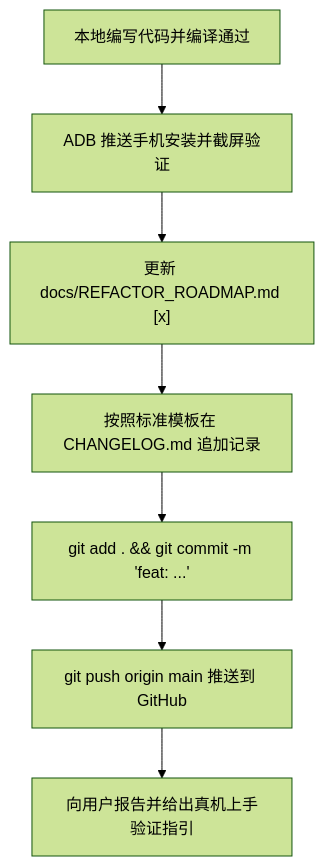
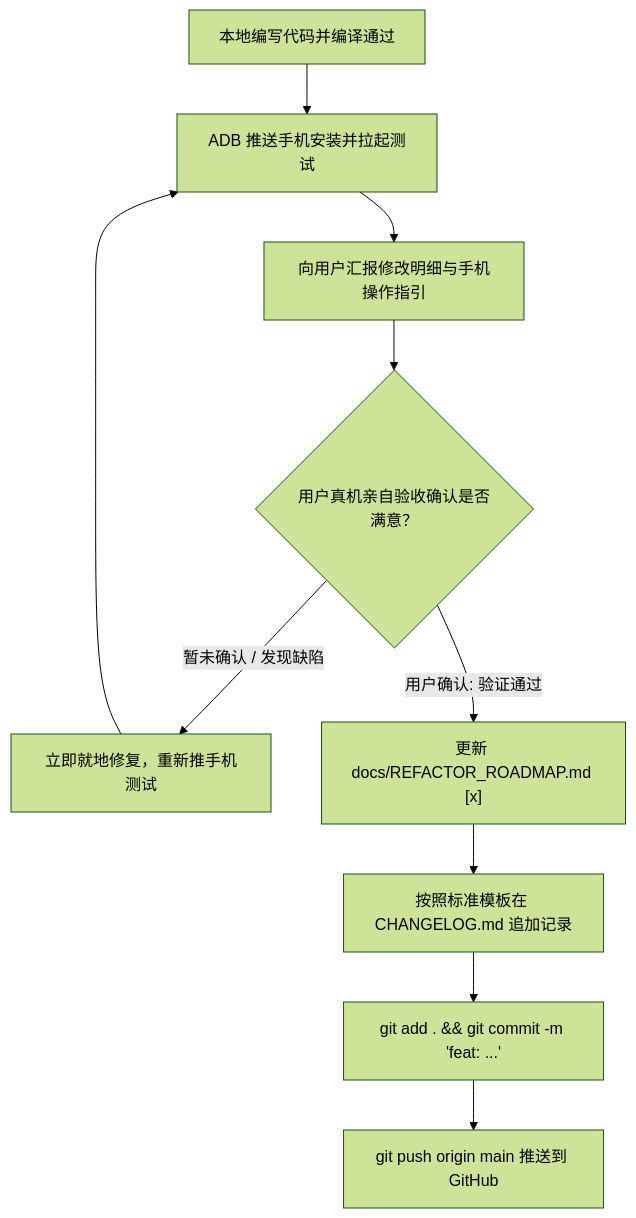
Before and after one commit to 353154/MobileBox: the diagram in docs/HANDOVER_GUIDE.md, drawn with Mermaid (forest theme). The commit also changed other lines of this file and 29 other files, not shown here.

````diff
--- a/docs/HANDOVER_GUIDE.md
+++ b/docs/HANDOVER_GUIDE.md
@@ -94,9 +94,12 @@
 ```mermaid
 flowchart TD
-    A["本地编写代码并编译通过"] --> B["ADB 推送手机安装并截屏验证"]
-    B --> C["更新 docs/REFACTOR_ROADMAP.md [x]"]
-    C --> D["按照标准模板在 CHANGELOG.md 追加记录"]
-    D --> E["git add . && git commit -m 'feat: ...'"]
-    E --> F["git push origin main 推送到 GitHub"]
-    F --> G["向用户报告并给出真机上手验证指引"]
+    A["本地编写代码并编译通过"] --> B["ADB 推送手机安装并拉起测试"]
+    B --> C["向用户汇报修改明细与手机操作指引"]
+    C --> D{"用户真机亲自验收确认是否满意？"}
+    D -- "暂未确认 / 发现缺陷" --> E["立即就地修复，重新推手机测试"]
+    E --> B
+    D -- "用户确认: 验证通过" --> F["更新 docs/REFACTOR_ROADMAP.md [x]"]
+    F --> G["按照标准模板在 CHANGELOG.md 追加记录"]
+    G --> H["git add . && git commit -m 'feat: ...'"]
+    H --> I["git push origin main 推送到 GitHub"]
 ```
````
